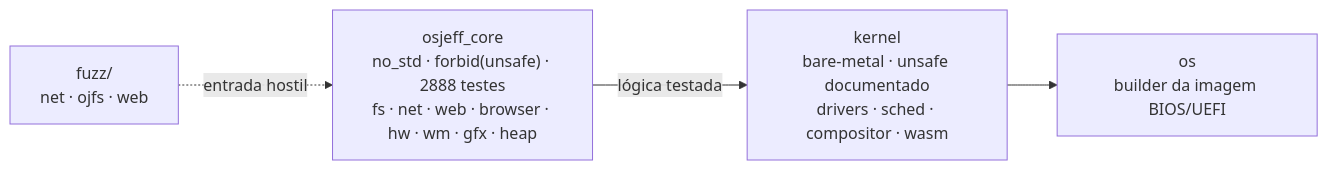
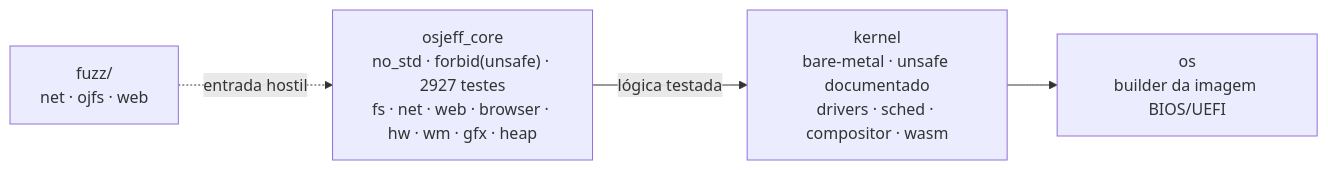
One commit to Jeffinp/OSjeff changed the diagram in README.md. Above: the diagram before and after it, drawn with Mermaid. The commit also changed other lines of this file and 4 other files, not shown here.

````diff
--- a/README.md
+++ b/README.md
@@ -101,9 +101,9 @@
 ```mermaid
 flowchart LR
-    CORE["osjeff_core<br/>no_std · forbid(unsafe) · 2888 testes<br/>fs · net · web · browser · hw · wm · gfx · heap"]
+    CORE["osjeff_core<br/>no_std · forbid(unsafe) · 2927 testes<br/>fs · net · web · browser · hw · wm · gfx · heap"]
     KERNEL["kernel<br/>bare-metal · unsafe documentado<br/>drivers · sched · compositor · wasm"]
     OS["os<br/>builder da imagem BIOS/UEFI"]
     FUZZ["fuzz/<br/>net · ojfs · web"]
     CORE -->|lógica testada| KERNEL --> OS
     FUZZ -.->|entrada hostil| CORE
 ```
````
